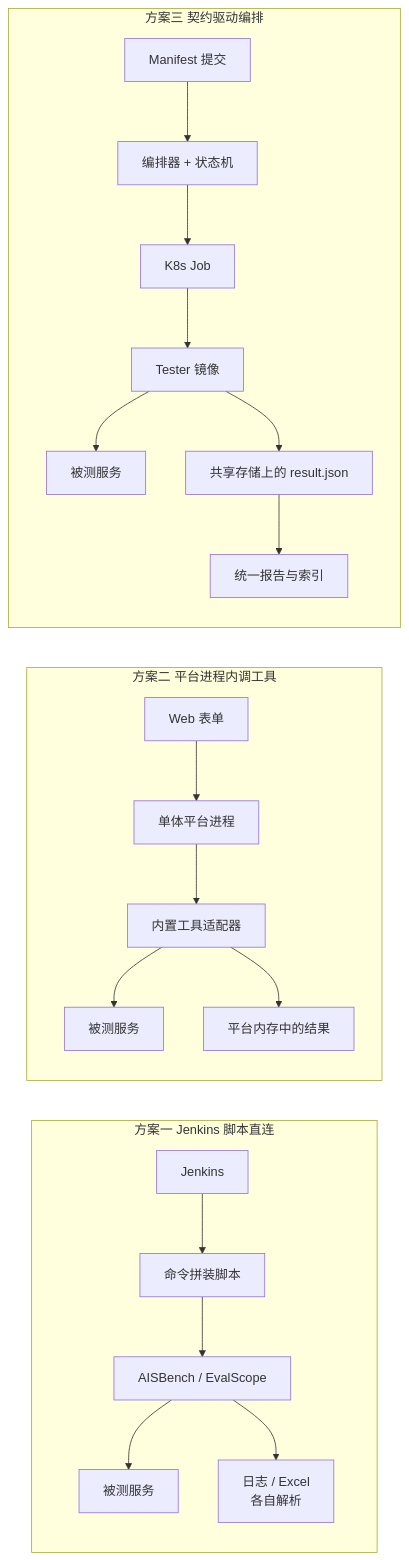
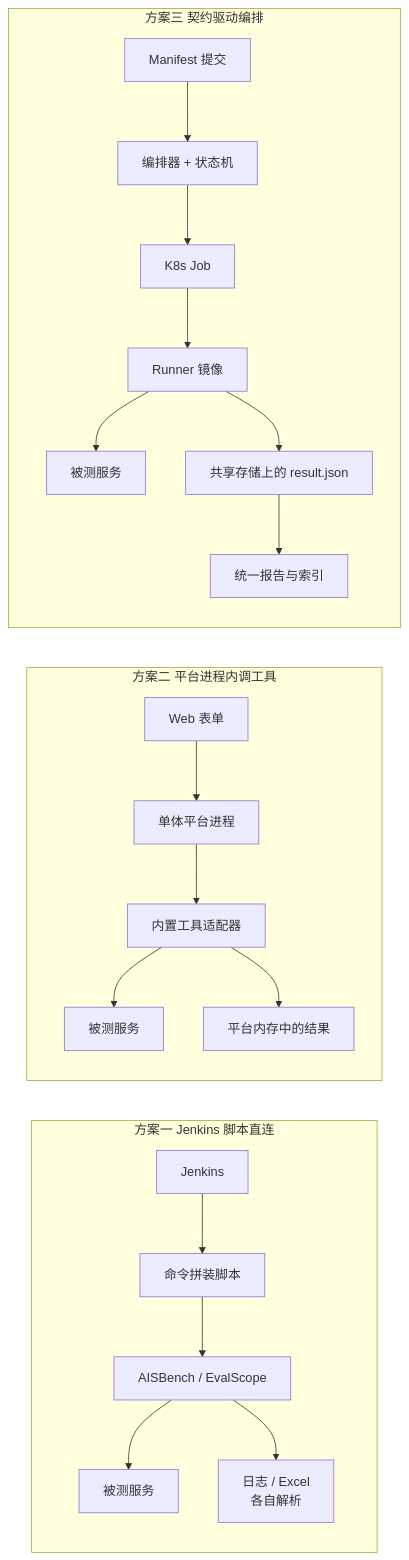
The second of 7 diagrams in docs/design/overall-design.md (ucm-system/testplane), drawn with Mermaid before and after one commit. The commit also changed other lines of this file and 471 other files, not shown here.

````diff
--- a/docs/design/overall-design.md
+++ b/docs/design/overall-design.md
@@ -180,23 +181,23 @@
 ```mermaid
 flowchart LR
   subgraph S1["方案一 Jenkins 脚本直连"]
     J1["Jenkins"] --> W1["命令拼装脚本"]
     W1 --> X1["AISBench / EvalScope"]
     X1 --> E1["被测服务"]
     X1 --> R1["日志 / Excel<br/>各自解析"]
   end
   subgraph S2["方案二 平台进程内调工具"]
     U2["Web 表单"] --> M2["单体平台进程"]
     M2 --> A2["内置工具适配器"]
     A2 --> E2["被测服务"]
     A2 --> R2["平台内存中的结果"]
   end
   subgraph S3["方案三 契约驱动编排"]
     U3["Manifest 提交"] --> O3["编排器 + 状态机"]
     O3 --> J3["K8s Job"]
-    J3 --> T3["Tester 镜像"]
+    J3 --> T3["Runner 镜像"]
     T3 --> E3["被测服务"]
     T3 --> N3["共享存储上的 result.json"]
     N3 --> R3["统一报告与索引"]
   end
 ```
````
